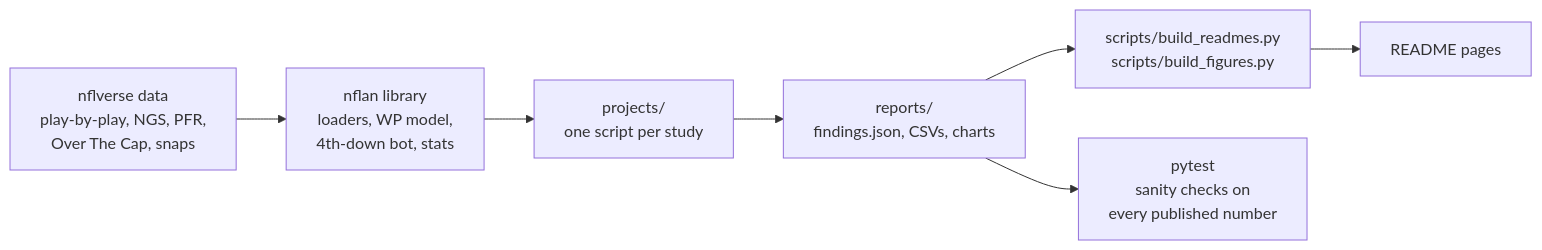
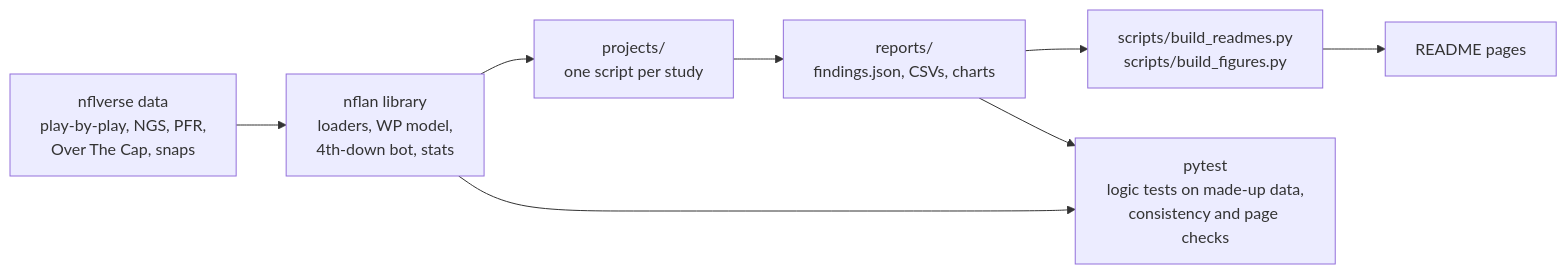
One commit to IForSureI/NFL-Analytics changed the diagram in README.md. Above: the diagram before and after it, drawn with Mermaid. The commit also changed other lines of this file and 2 other files, not shown here.

Commit message:
README and log: review pass, claims restated to what the tests support

````diff
--- a/README.md
+++ b/README.md
@@ -87,9 +87,10 @@
 ```mermaid
 flowchart LR
     A[nflverse data<br>play-by-play, NGS, PFR,<br>Over The Cap, snaps] --> B[nflan library<br>loaders, WP model,<br>4th-down bot, stats]
     B --> C[projects/<br>one script per study]
     C --> D[reports/<br>findings.json, CSVs, charts]
     D --> E[scripts/build_readmes.py<br>scripts/build_figures.py]
     E --> F[README pages]
-    D --> G[pytest<br>sanity checks on<br>every published number]
+    B --> G[pytest<br>logic tests on made-up data,<br>consistency and page checks]
+    D --> G
 ```
````
